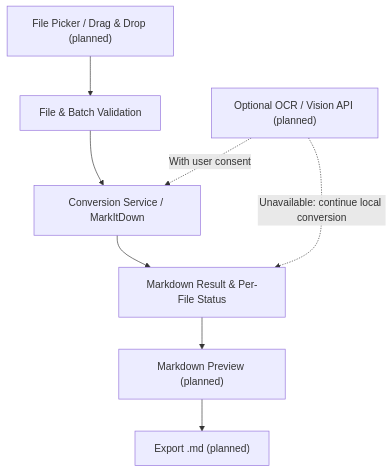
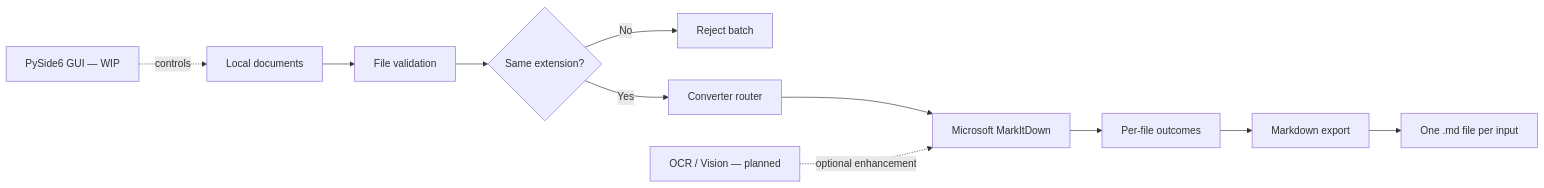
The diagram in README.md (DrBham/Hybird-Document-To-Markdown), drawn with Mermaid before and after one commit. The commit also changed other lines of this file and 12 other files, not shown here.

First line of the commit message:
feat: complete multi-format and batch conversion

````diff
--- a/README.md
+++ b/README.md
@@ -98,10 +139,14 @@
 ```mermaid
-flowchart TD
-    A["File Picker / Drag & Drop (planned)"] --> B["File & Batch Validation"]
-    B --> C["Conversion Service / MarkItDown"]
-    C --> D["Markdown Result & Per-File Status"]
-    D --> E["Markdown Preview (planned)"]
-    E --> F["Export .md (planned)"]
-    G["Optional OCR / Vision API (planned)"] -. "With user consent" .-> C
-    G -. "Unavailable: continue local conversion" .-> D
+flowchart LR
+    A[Local documents] --> B[File validation]
+    B --> C{Same extension?}
+    C -- No --> X[Reject batch]
+    C -- Yes --> D[Converter router]
+    D --> E[Microsoft MarkItDown]
+    E --> F[Per-file outcomes]
+    F --> G[Markdown export]
+    G --> H[One .md file per input]
+
+    UI[PySide6 GUI — WIP] -. controls .-> A
+    V[OCR / Vision — planned] -. optional enhancement .-> E
 ```
````
